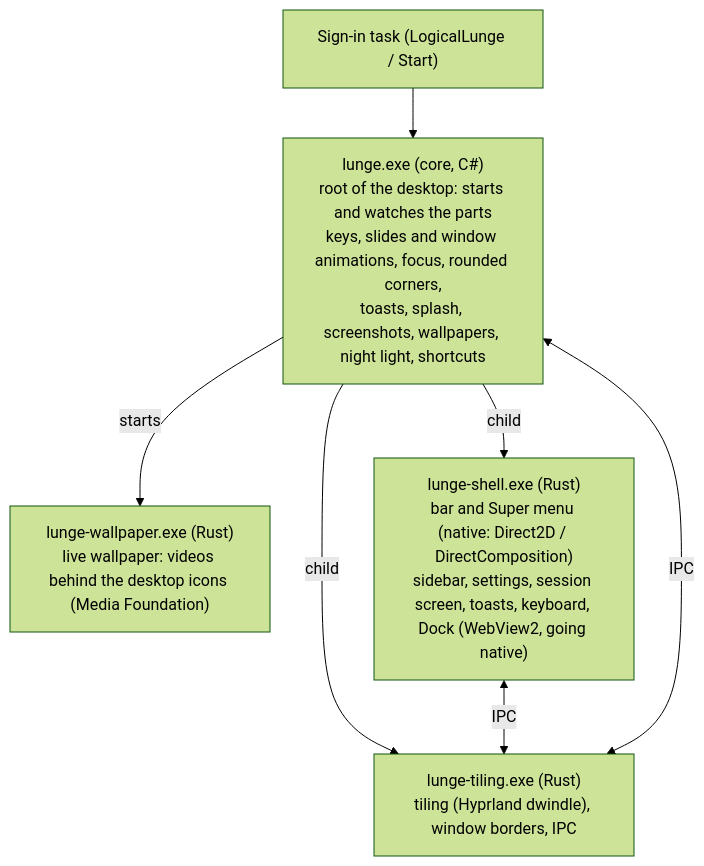
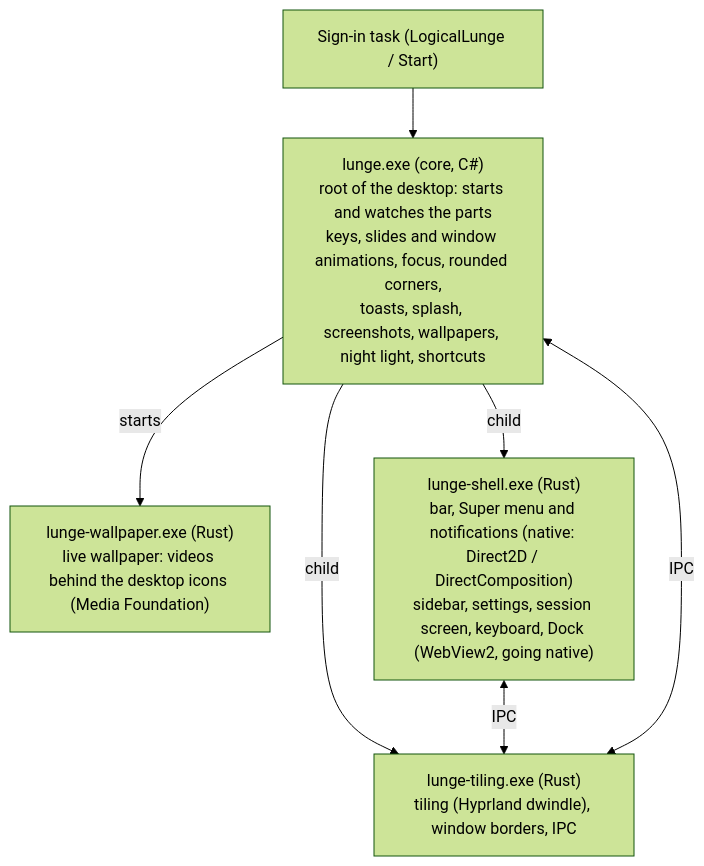
One commit to KaanAlper/logical-lunge changed the diagram in README.md. Above: the diagram before and after it, drawn with Mermaid (forest theme). The commit also changed 14 other files, not shown here.

````diff
--- a/README.md
+++ b/README.md
@@ -141,10 +141,10 @@
 ```mermaid
 flowchart TD
   task["Sign-in task (LogicalLunge / Start)"] --> core
   core["lunge.exe (core, C#)<br/>root of the desktop: starts and watches the parts<br/>keys, slides and window animations, focus, rounded corners,<br/>toasts, splash, screenshots, wallpapers, night light, shortcuts"]
   core -- child --> tiling["lunge-tiling.exe (Rust)<br/>tiling (Hyprland dwindle), window borders, IPC"]
   core -- starts --> live["lunge-wallpaper.exe (Rust)<br/>live wallpaper: videos behind the desktop icons (Media Foundation)"]
-  core -- child --> shell["lunge-shell.exe (Rust)<br/>bar and Super menu (native: Direct2D / DirectComposition)<br/>sidebar, settings, session screen, toasts, keyboard, Dock (WebView2, going native)"]
+  core -- child --> shell["lunge-shell.exe (Rust)<br/>bar, Super menu and notifications (native: Direct2D / DirectComposition)<br/>sidebar, settings, session screen, keyboard, Dock (WebView2, going native)"]
   shell <-- IPC --> tiling
   core <-- IPC --> tiling
 ```
````
